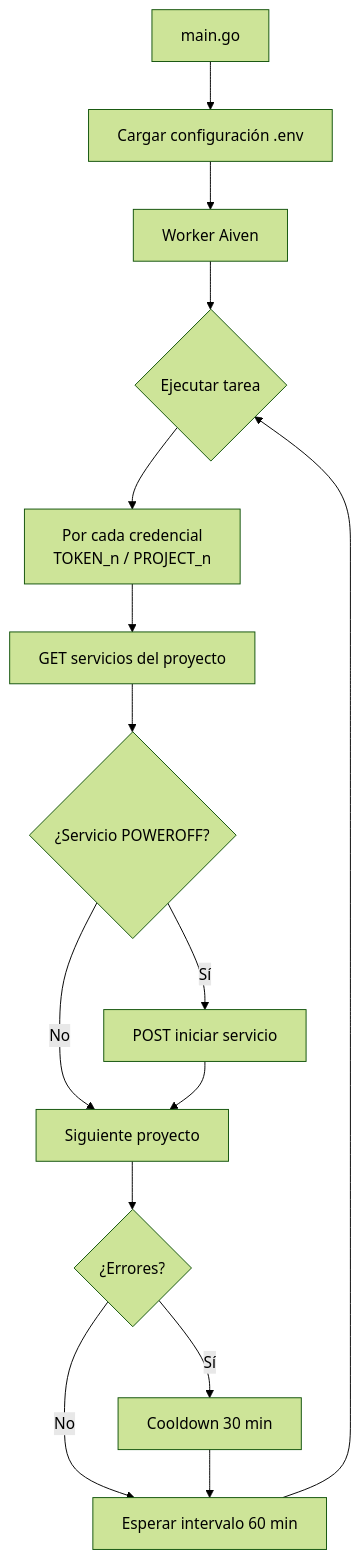
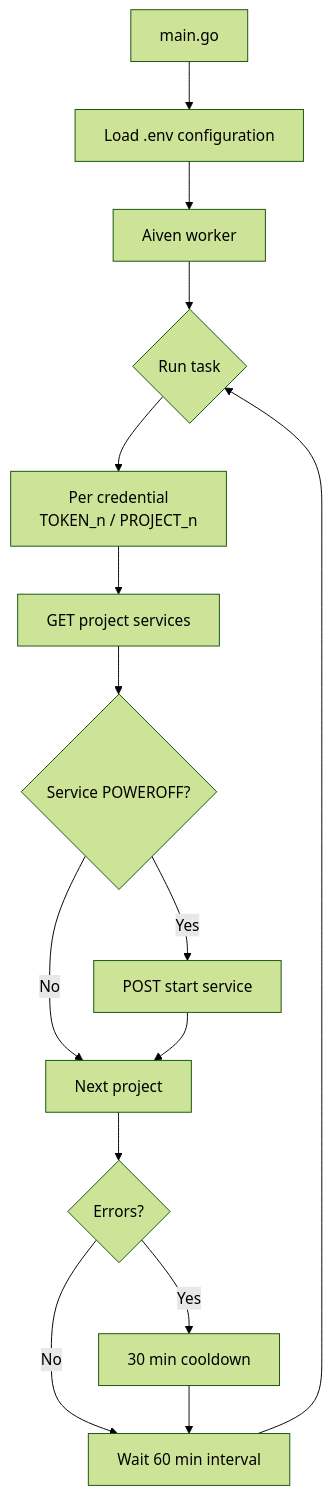
Before and after one commit to sebx771/monitor-bot: the diagram in README.md, drawn with Mermaid (forest theme). The commit also changed other lines of this file and 20 other files, not shown here.

````diff
--- a/README.md
+++ b/README.md
@@ -38,17 +39,17 @@
 ```mermaid
 flowchart TD
-    A[main.go] --> B[Cargar configuración .env]
-    B --> C[Worker Aiven]
-    C --> D{Ejecutar tarea}
-    D --> E[Por cada credencial<br/>TOKEN_n / PROJECT_n]
-    E --> F[GET servicios del proyecto]
-    F --> G{¿Servicio POWEROFF?}
-    G -- Sí --> H[POST iniciar servicio]
-    G -- No --> I[Siguiente proyecto]
+    A[main.go] --> B[Load .env configuration]
+    B --> C[Aiven worker]
+    C --> D{Run task}
+    D --> E[Per credential<br/>TOKEN_n / PROJECT_n]
+    E --> F[GET project services]
+    F --> G{Service POWEROFF?}
+    G -- Yes --> H[POST start service]
+    G -- No --> I[Next project]
     H --> I
-    I --> J{¿Errores?}
-    J -- Sí --> K[Cooldown 30 min]
-    J -- No --> L[Esperar intervalo 60 min]
+    I --> J{Errors?}
+    J -- Yes --> K[30 min cooldown]
+    J -- No --> L[Wait 60 min interval]
     K --> L
     L --> D
 ```
````
